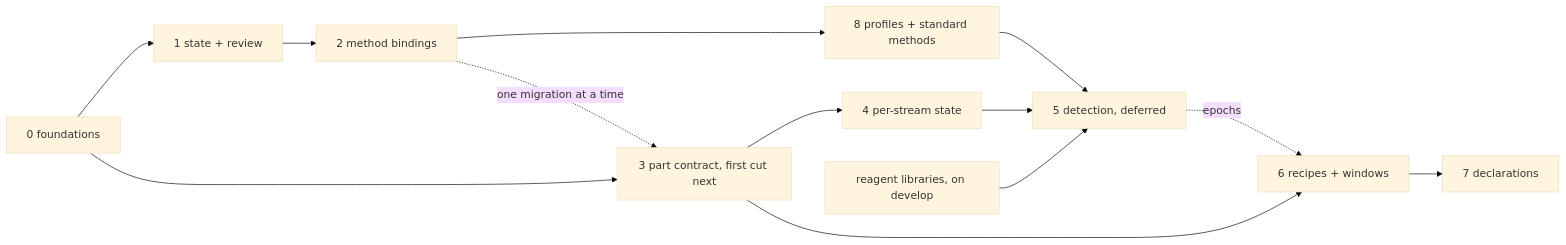
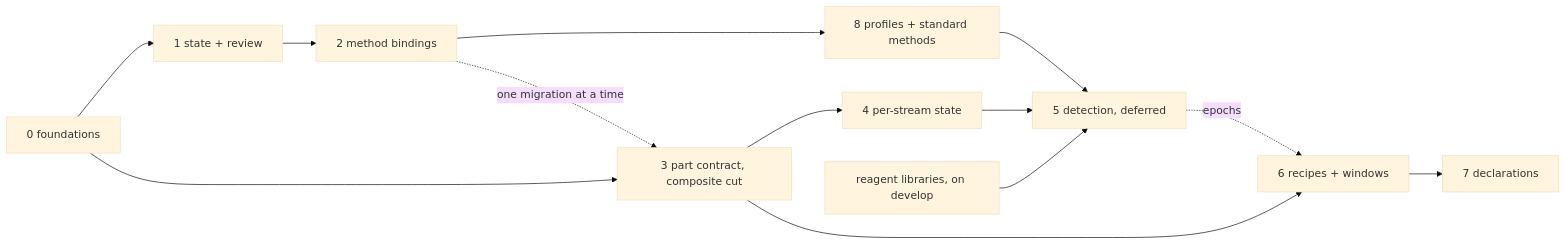
One commit to ultra-trace-systems/mascope changed the second of 2 diagrams in docs/dev/ingest_routing_and_splitting.md. Above: the diagram before and after it, drawn with Mermaid (base theme). The commit also changed other lines of this file, not shown here.

First line of the commit message:
docs(ingest): the composite cut, several m/z ranges stitched into one spectrum

````diff
--- a/docs/dev/ingest_routing_and_splitting.md
+++ b/docs/dev/ingest_routing_and_splitting.md
@@ -1871,15 +2013,15 @@
 ```mermaid
 graph LR
     P0[0 foundations] --> P1[1 state + review]
-    P0 --> P3[3 part contract, first cut next]
+    P0 --> P3[3 part contract, composite cut]
     P1 --> P2[2 method bindings]
     P2 --> P8[8 profiles + standard methods]
     P2 -.one migration at a time.-> P3
     P3 --> P4[4 per-stream state]
     P8 --> P5[5 detection, deferred]
     P4 --> P5
     E[reagent libraries, on develop] --> P5
     P3 --> P6[6 recipes + windows]
     P5 -.epochs.-> P6
     P6 --> P7[7 declarations]
 ```
````
